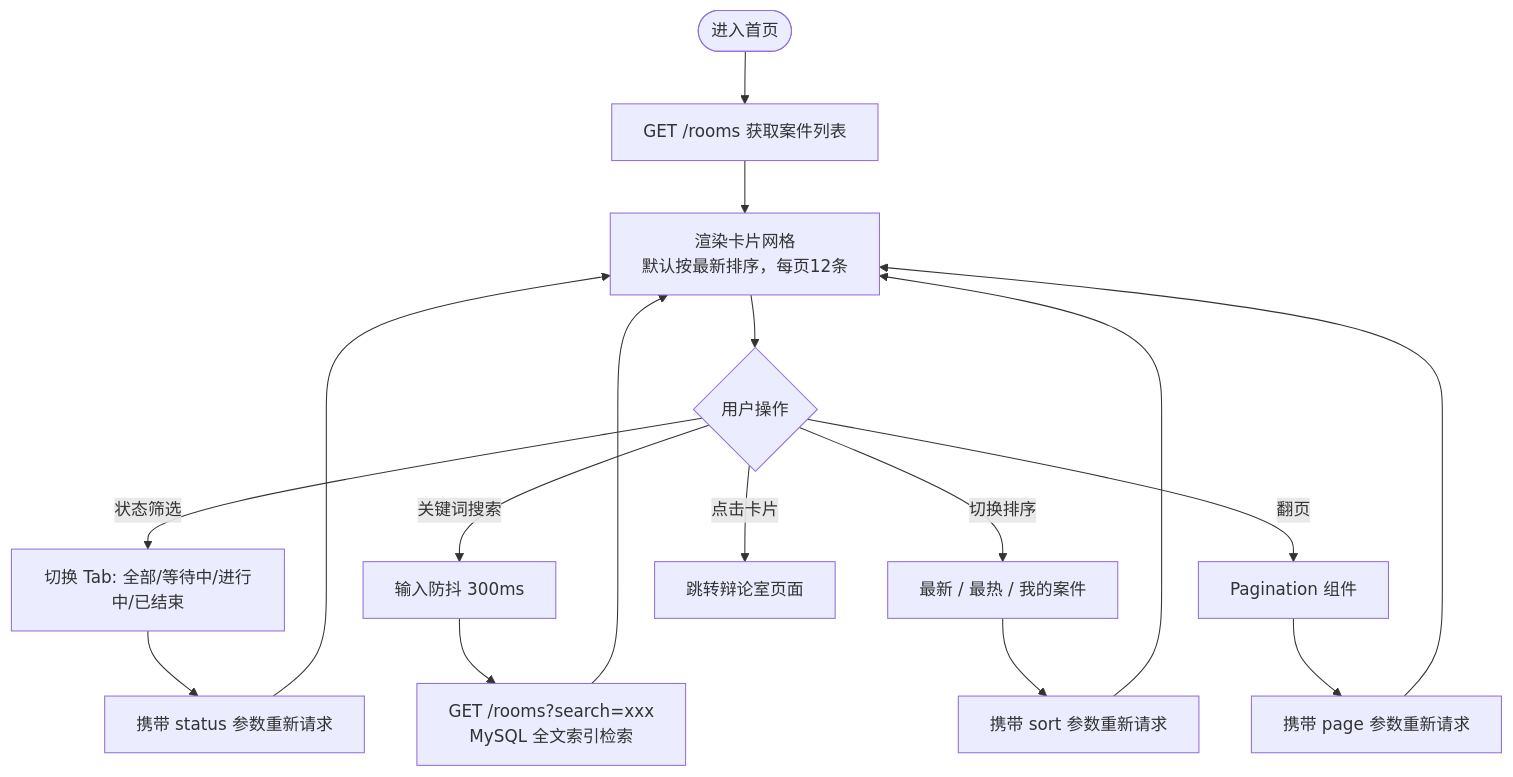
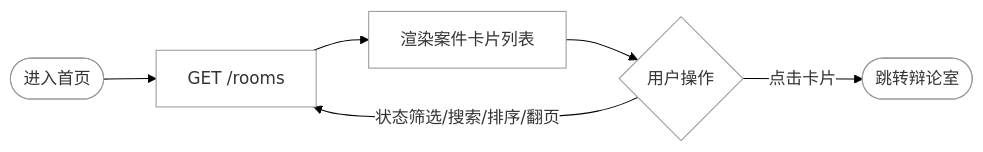
The sixth of 19 diagrams in docs/毕设图表.md (huangkaihao666/graduate-design), drawn with Mermaid before and after one commit. The commit also changed other lines of this file, not shown here.

Commit message:
docs: 添加毕设图表40%

````diff
--- a/docs/毕设图表.md
+++ b/docs/毕设图表.md
@@ -326,16 +322,9 @@
 ```mermaid
-flowchart TD
-    A([进入首页]) --> B[GET /rooms 获取案件列表]
-    B --> C[渲染卡片网格<br/>默认按最新排序，每页12条]
+%%{init:{'theme':'base','themeVariables':{'background':'#ffffff','mainBkg':'#ffffff','clusterBkg':'#ffffff','nodeBorder':'#999999','edgeLabelBackground':'#ffffff'}}}%%
+flowchart LR
+    A([进入首页]) --> B[GET /rooms]
+    B --> C[渲染案件卡片列表]
     C --> D{用户操作}
-    D -- 状态筛选 --> E[切换 Tab: 全部/等待中/进行中/已结束]
-    D -- 关键词搜索 --> F[输入防抖 300ms]
-    D -- 切换排序 --> G[最新 / 最热 / 我的案件]
-    D -- 翻页 --> H[Pagination 组件]
-    D -- 点击卡片 --> I[跳转辩论室页面]
-    E --> J[携带 status 参数重新请求]
-    F --> K[GET /rooms?search=xxx<br/>MySQL 全文索引检索]
-    G --> L[携带 sort 参数重新请求]
-    H --> M[携带 page 参数重新请求]
-    J & K & L & M --> C
+    D -- 状态筛选/搜索/排序/翻页 --> B
+    D -- 点击卡片 --> E([跳转辩论室])
 ```
````
